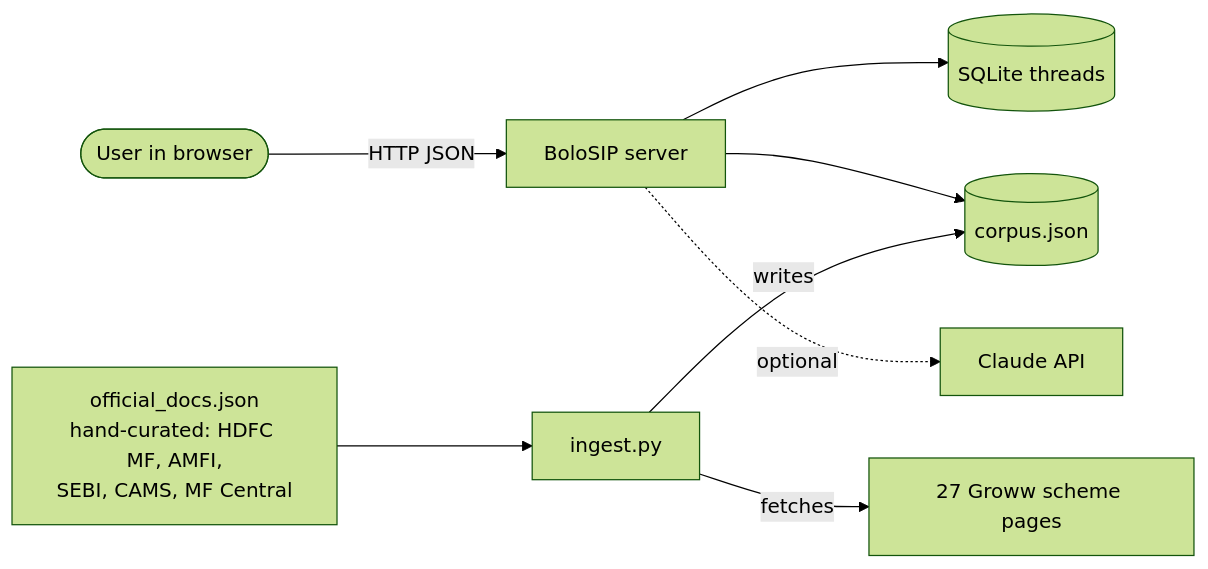
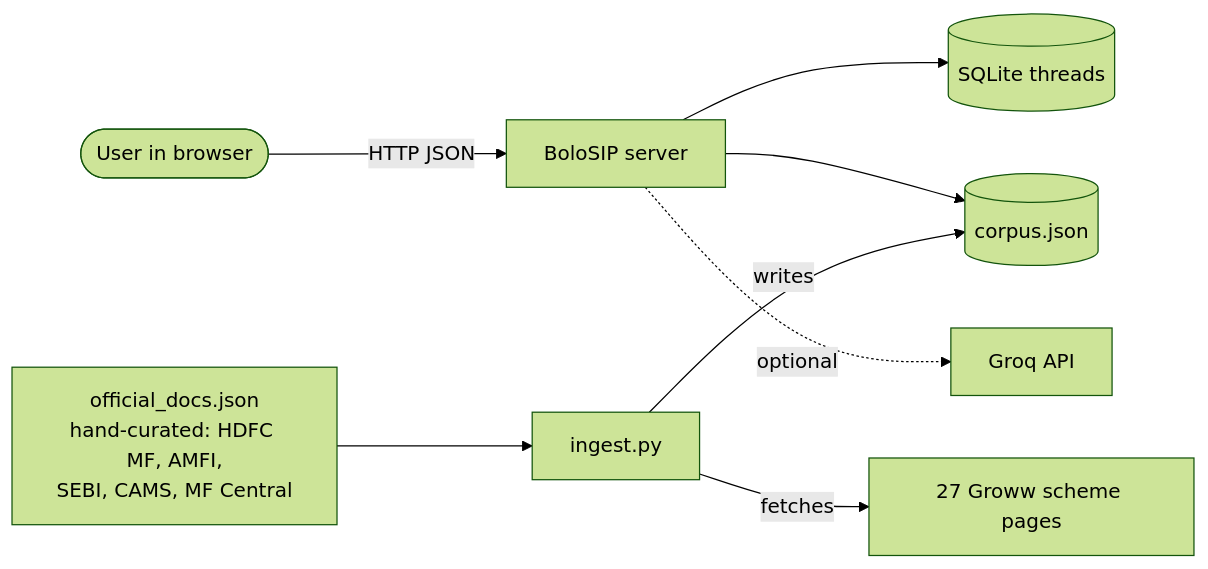
One commit to fxdarshan/02-BoloSIP changed the first of 5 diagrams in Doc/architecture.md. Above: the diagram before and after it, drawn with Mermaid (forest theme). The commit also changed other lines of this file and 15 other files, not shown here.

First line of the commit message:
Phase 0: foundation; switch optional LLM to Groq in all docs

````diff
--- a/Doc/architecture.md
+++ b/Doc/architecture.md
@@ -25,10 +25,10 @@
 ```mermaid
 flowchart LR
     U([User in browser]) -->|HTTP JSON| S[BoloSIP server]
     S --> DB[(SQLite threads)]
     S --> C[(corpus.json)]
-    S -.optional.-> L[Claude API]
+    S -.optional.-> L[Groq API]
     I[ingest.py] -->|writes| C
     I -->|fetches| G[27 Groww scheme pages]
     O[official_docs.json<br/>hand-curated: HDFC MF, AMFI,<br/>SEBI, CAMS, MF Central] --> I
 ```
````
